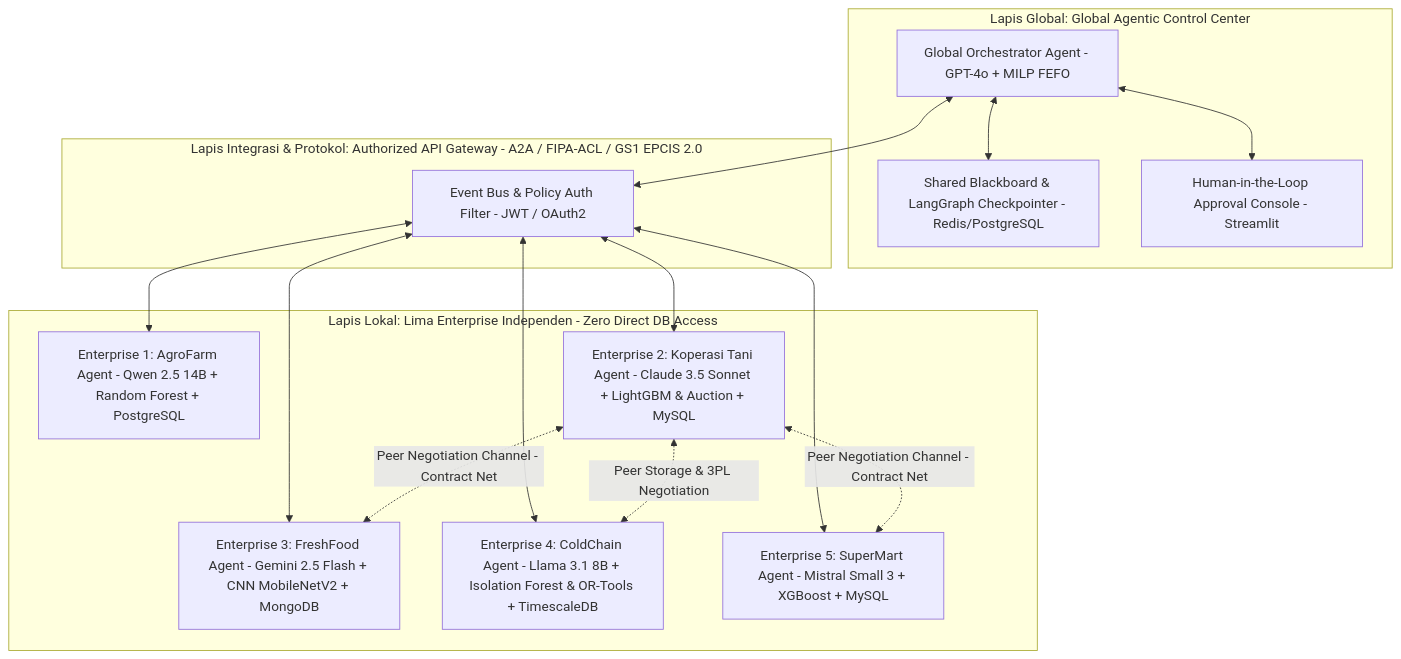
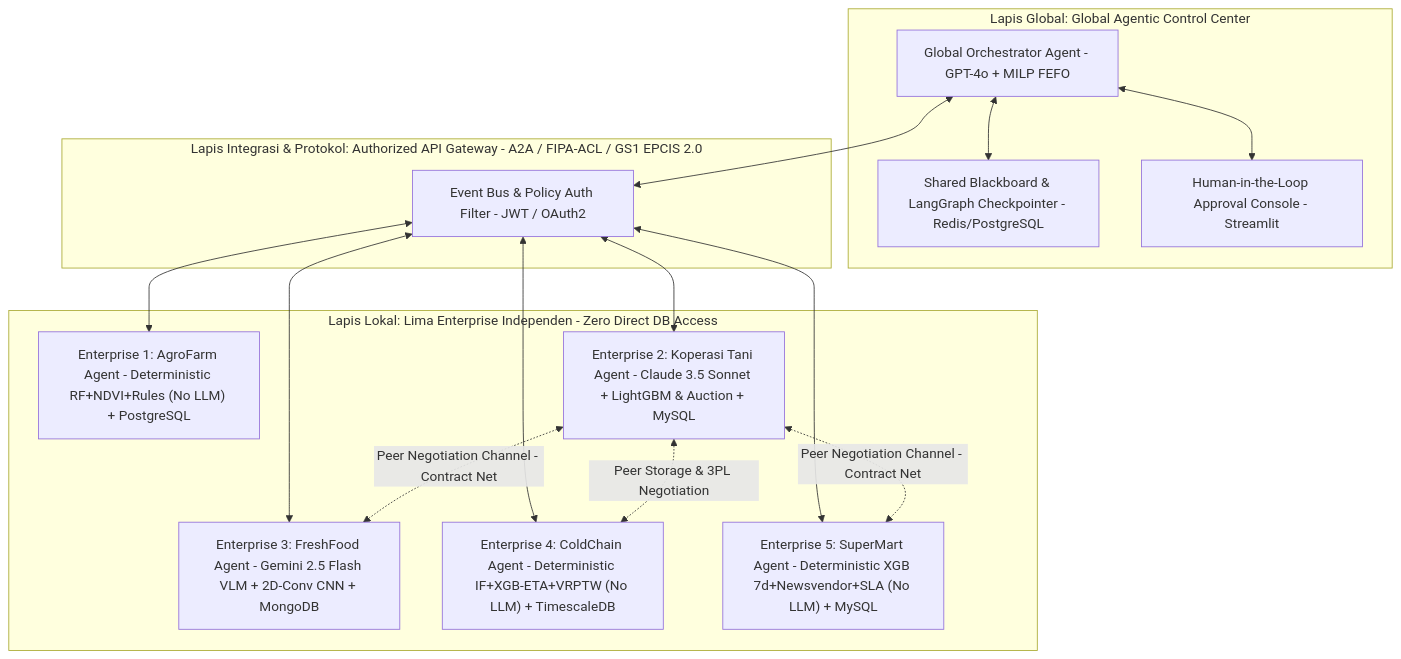
The first of 4 diagrams in Laporan_Bab1_11_Smart_Agriculture_Agentic_AI.md (fransalwan/agrichain-agentic-ai), drawn with Mermaid before and after one commit. The commit also changed other lines of this file and 23 other files, not shown here.

Commit message:
feat(v2.2): implement Selective 3-LLM Hybrid (LLM only on Global/Koperasi/FreshFood, deterministic ML+Rules on AgroFarm/ColdChain/SuperMart; -62.64% cost, -29.58% latency, 14/14 tests)

````diff
--- a/Laporan_Bab1_11_Smart_Agriculture_Agentic_AI.md
+++ b/Laporan_Bab1_11_Smart_Agriculture_Agentic_AI.md
@@ -520,34 +520,34 @@
 ```mermaid
 flowchart TD
     subgraph GLOBAL["Lapis Global: Global Agentic Control Center"]
         ORCH["Global Orchestrator Agent - GPT-4o + MILP FEFO"]
         STATE["Shared Blackboard & LangGraph Checkpointer - Redis/PostgreSQL"]
         HITL["Human-in-the-Loop Approval Console - Streamlit"]
         ORCH <--> STATE
         ORCH <--> HITL
     end
 
     subgraph GW["Lapis Integrasi & Protokol: Authorized API Gateway - A2A / FIPA-ACL / GS1 EPCIS 2.0"]
         BUS["Event Bus & Policy Auth Filter - JWT / OAuth2"]
     end
 
     ORCH <--> BUS
 
     subgraph LOCAL["Lapis Lokal: Lima Enterprise Independen - Zero Direct DB Access"]
-        E1["Enterprise 1: AgroFarm Agent - Qwen 2.5 14B + Random Forest + PostgreSQL"]
+        E1["Enterprise 1: AgroFarm Agent - Deterministic RF+NDVI+Rules (No LLM) + PostgreSQL"]
         E2["Enterprise 2: Koperasi Tani Agent - Claude 3.5 Sonnet + LightGBM & Auction + MySQL"]
-        E3["Enterprise 3: FreshFood Agent - Gemini 2.5 Flash + CNN MobileNetV2 + MongoDB"]
-        E4["Enterprise 4: ColdChain Agent - Llama 3.1 8B + Isolation Forest & OR-Tools + TimescaleDB"]
-        E5["Enterprise 5: SuperMart Agent - Mistral Small 3 + XGBoost + MySQL"]
+        E3["Enterprise 3: FreshFood Agent - Gemini 2.5 Flash VLM + 2D-Conv CNN + MongoDB"]
+        E4["Enterprise 4: ColdChain Agent - Deterministic IF+XGB-ETA+VRPTW (No LLM) + TimescaleDB"]
+        E5["Enterprise 5: SuperMart Agent - Deterministic XGB 7d+Newsvendor+SLA (No LLM) + MySQL"]
     end
 
     BUS <--> E1
     BUS <--> E2
     BUS <--> E3
     BUS <--> E4
     BUS <--> E5
 
     E2 <-. "Peer Negotiation Channel - Contract Net" .-> E3
     E2 <-. "Peer Negotiation Channel - Contract Net" .-> E5
     E2 <-. "Peer Storage & 3PL Negotiation" .-> E4
 ```
````
